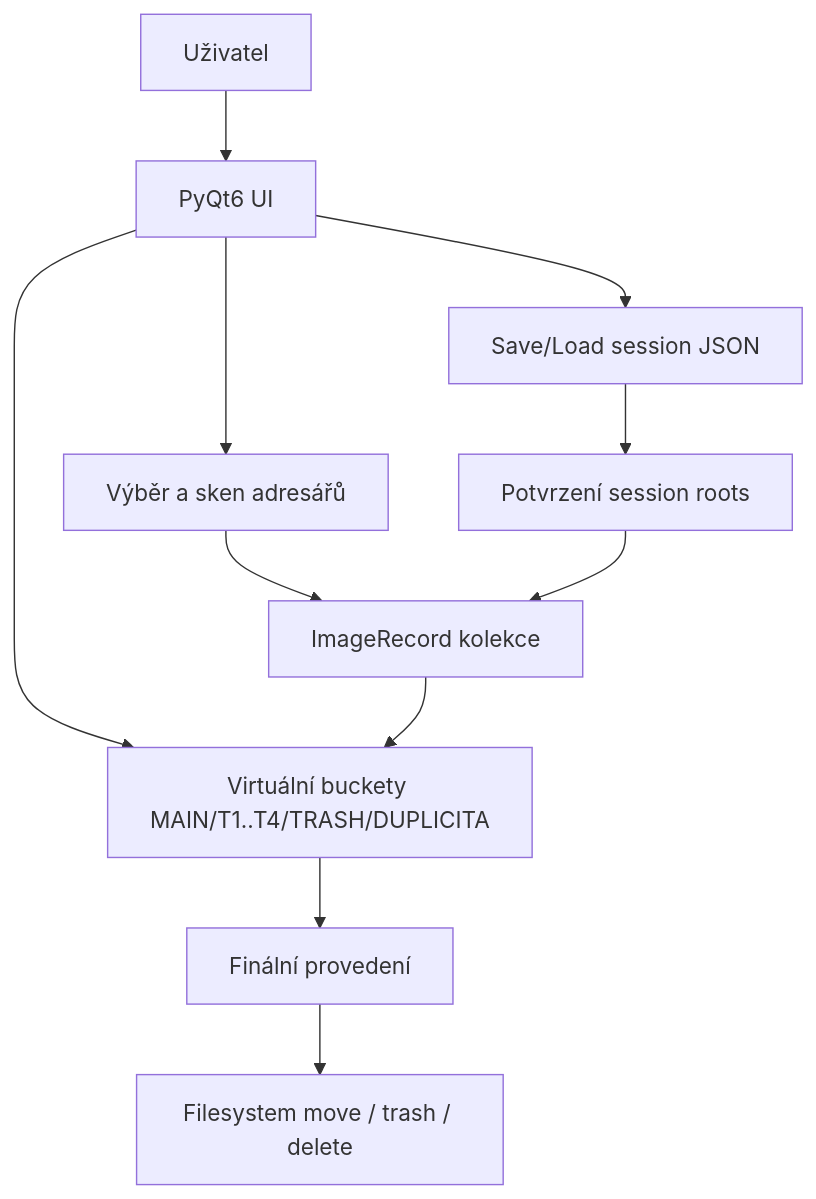
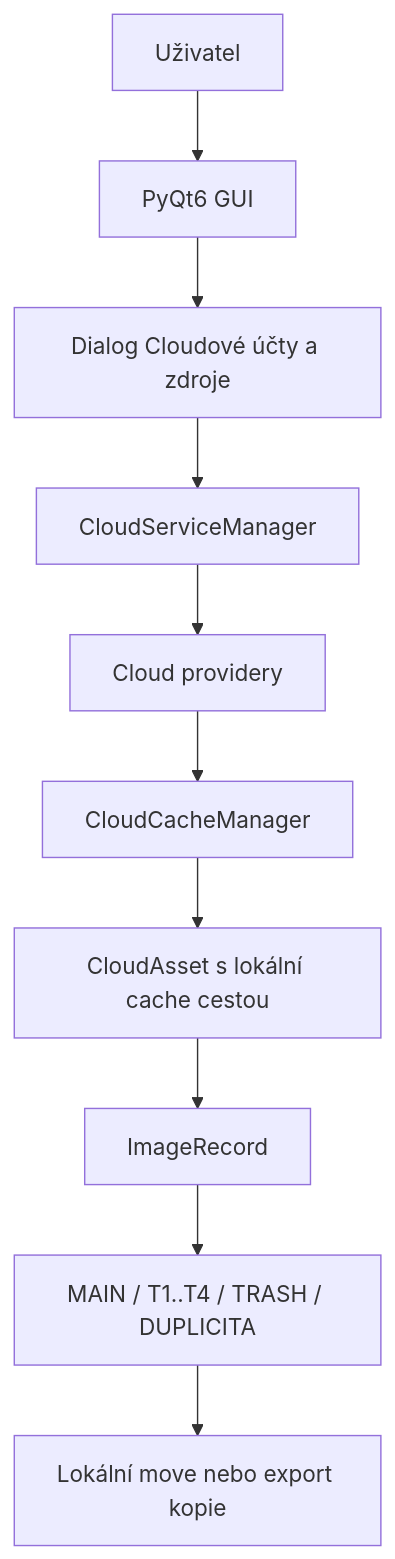
Before and after one commit to karelmartinek-a11y/FotoSelector: the diagram in docs/ARCHITECTURE.md, drawn with Mermaid. The commit also changed other lines of this file and 26 other files, not shown here.

````diff
--- a/docs/ARCHITECTURE.md
+++ b/docs/ARCHITECTURE.md
@@ -10,13 +18,12 @@
 ```mermaid
 flowchart TD
-    U["Uživatel"] --> GUI["PyQt6 UI"]
-    GUI --> Scan["Výběr a sken adresářů"]
-    Scan --> Records["ImageRecord kolekce"]
-    GUI --> Buckets["Virtuální buckety MAIN/T1..T4/TRASH/DUPLICITA"]
-    Records --> Buckets
-    GUI --> Session["Save/Load session JSON"]
-    Session --> Confirm["Potvrzení session roots"]
-    Confirm --> Records
-    Buckets --> Apply["Finální provedení"]
-    Apply --> FS["Filesystem move / trash / delete"]
+    U["Uživatel"] --> GUI["PyQt6 GUI"]
+    GUI --> CloudDlg["Dialog Cloudové účty a zdroje"]
+    CloudDlg --> Manager["CloudServiceManager"]
+    Manager --> Providers["Cloud providery"]
+    Providers --> Cache["CloudCacheManager"]
+    Cache --> Asset["CloudAsset s lokální cache cestou"]
+    Asset --> Record["ImageRecord"]
+    Record --> Buckets["MAIN / T1..T4 / TRASH / DUPLICITA"]
+    Buckets --> Apply["Lokální move nebo export kopie"]
 ```
````
